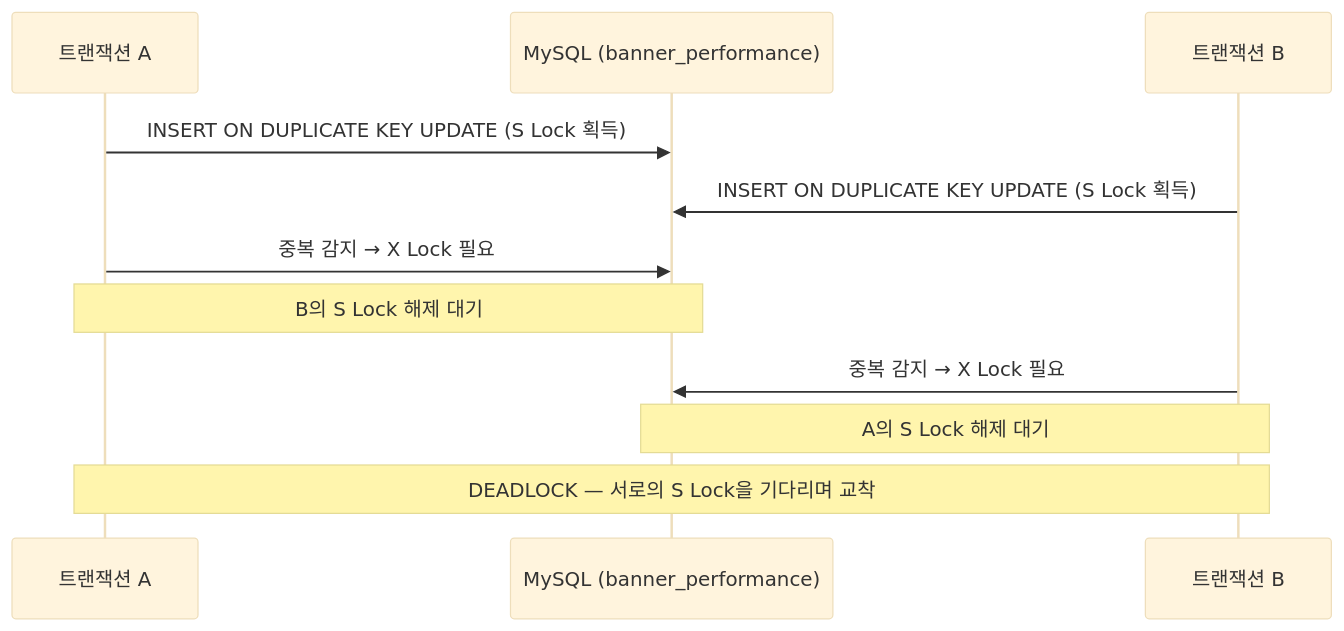
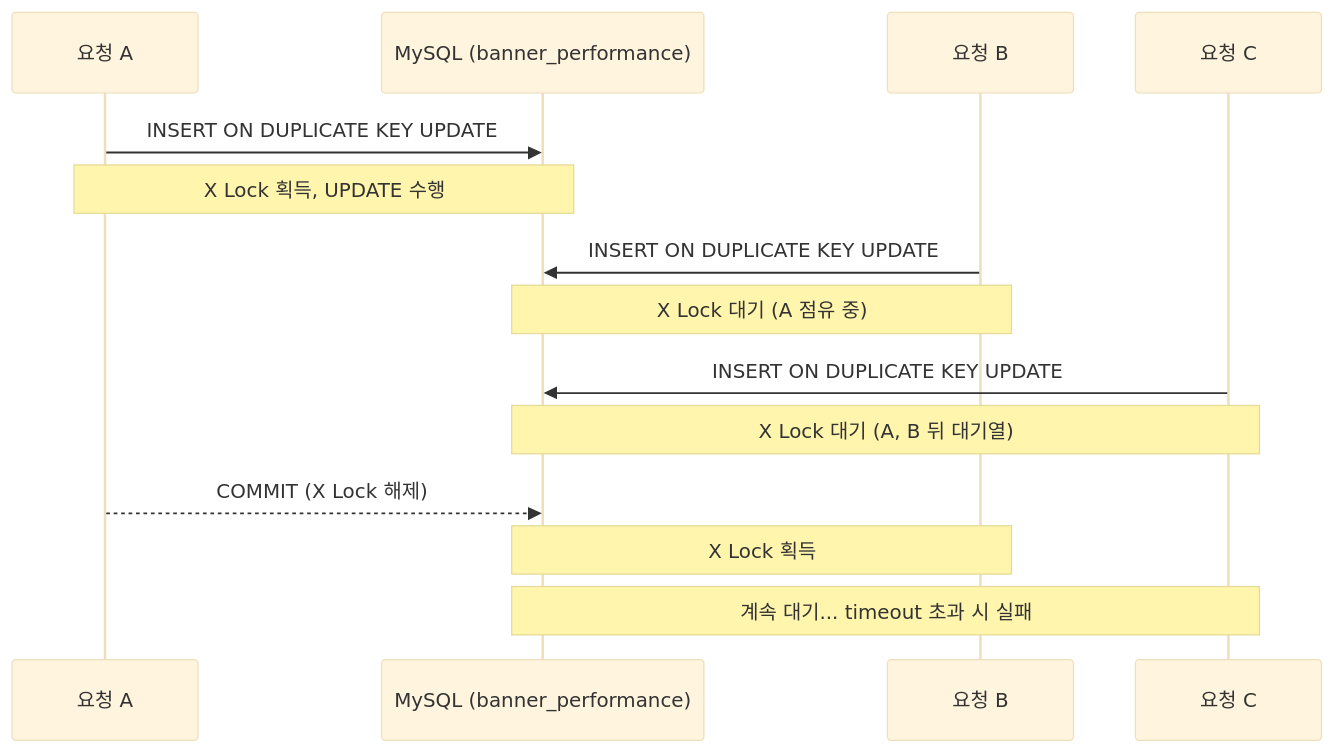
Before and after one commit to banggeunho/banggeunho: the diagram in portfolio/projects/redis-writeback-optimization/index.md, drawn with Mermaid (base theme). The commit also changed other lines of this file and 1 other file, not shown here.

````diff
--- a/portfolio/projects/redis-writeback-optimization/index.md
+++ b/portfolio/projects/redis-writeback-optimization/index.md
@@ -76,14 +68,17 @@
 ```mermaid
 sequenceDiagram
-    participant A as 트랜잭션 A
+    participant A as 요청 A
     participant DB as MySQL (banner_performance)
-    participant B as 트랜잭션 B
+    participant B as 요청 B
+    participant C as 요청 C
 
-    A->>DB: INSERT ON DUPLICATE KEY UPDATE (S Lock 획득)
-    B->>DB: INSERT ON DUPLICATE KEY UPDATE (S Lock 획득)
-    A->>DB: 중복 감지 → X Lock 필요
-    Note over A,DB: B의 S Lock 해제 대기
-    B->>DB: 중복 감지 → X Lock 필요
-    Note over DB,B: A의 S Lock 해제 대기
-    Note over A,B: DEADLOCK — 서로의 S Lock을 기다리며 교착
+    A->>DB: INSERT ON DUPLICATE KEY UPDATE
+    Note over A,DB: X Lock 획득, UPDATE 수행
+    B->>DB: INSERT ON DUPLICATE KEY UPDATE
+    Note over B,DB: X Lock 대기 (A 점유 중)
+    C->>DB: INSERT ON DUPLICATE KEY UPDATE
+    Note over C,DB: X Lock 대기 (A, B 뒤 대기열)
+    A-->>DB: COMMIT (X Lock 해제)
+    Note over B,DB: X Lock 획득
+    Note over C,DB: 계속 대기... timeout 초과 시 실패
 ```
````
